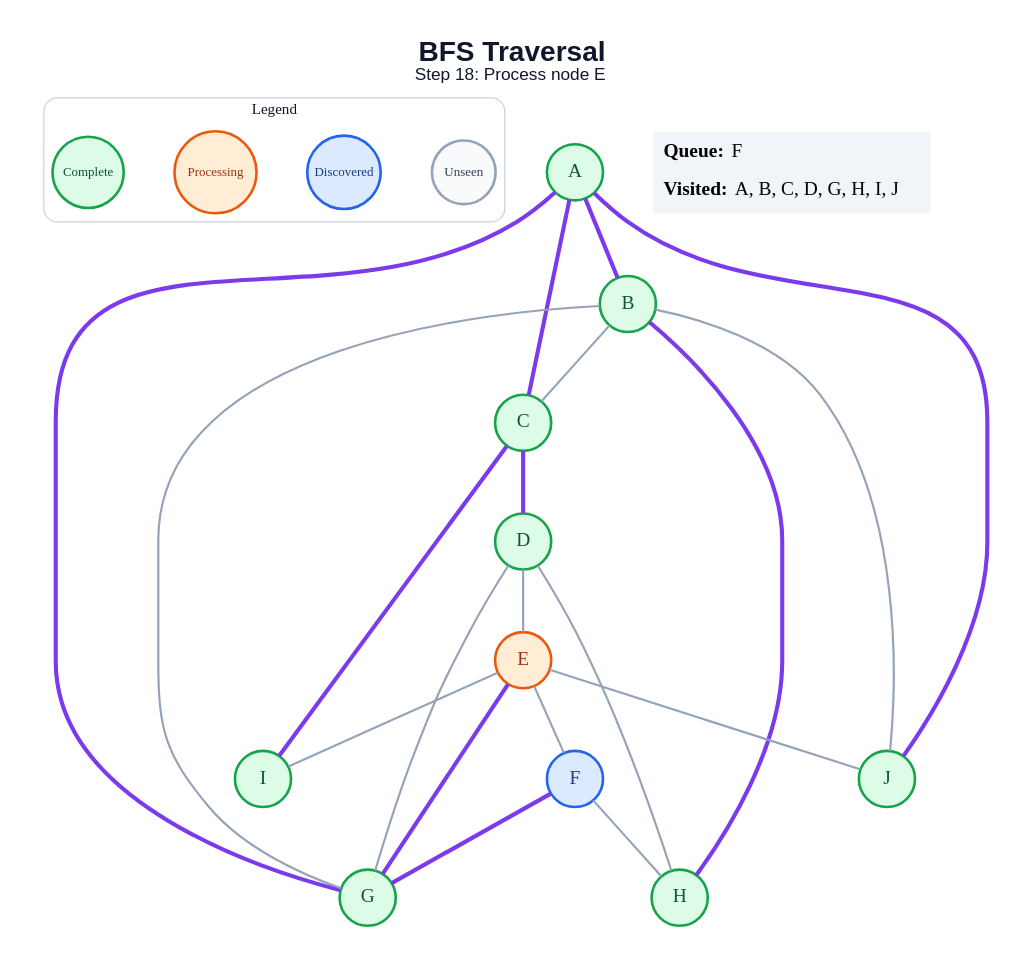
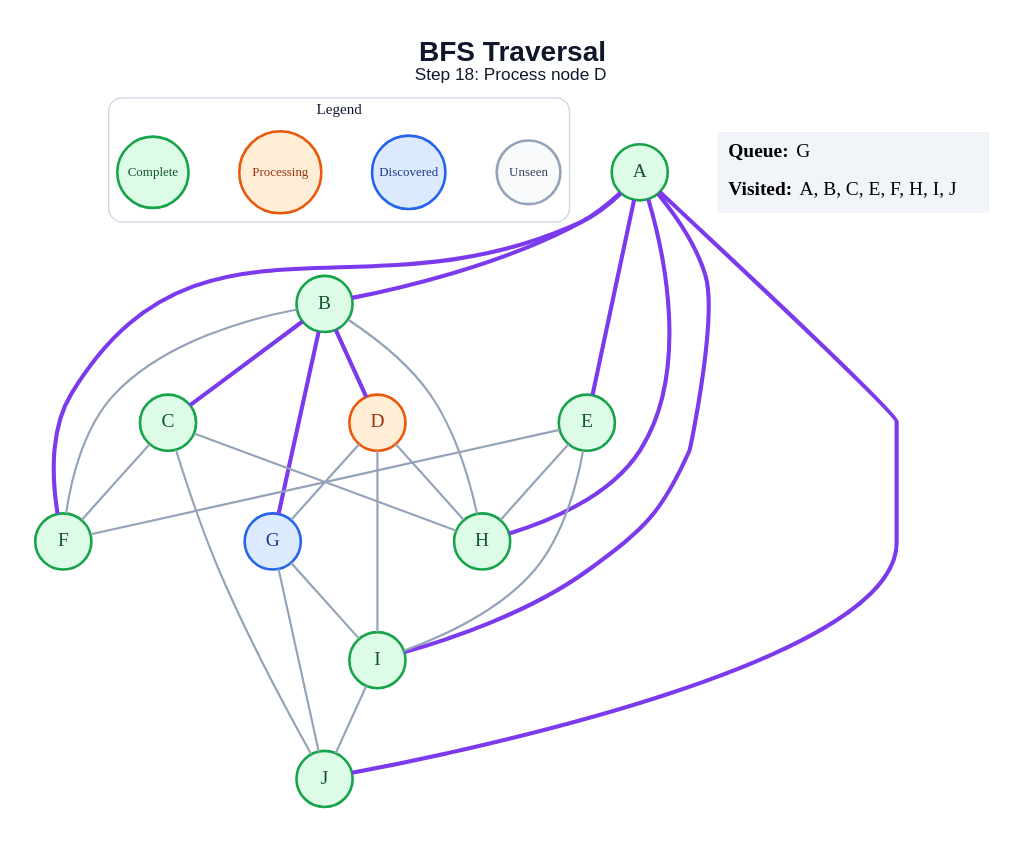
The diagram in generated/bfs/step_18.dot (amanghodawala9/ai-slop), drawn with Graphviz before and after one commit. The commit also changed 178 other files, not shown here.

```diff
--- a/generated/bfs/step_18.dot
+++ b/generated/bfs/step_18.dot
@@ -1,48 +1,52 @@
 graph traversal {
   graph [layout=dot, rankdir=TB, bgcolor="#FFFFFF", pad="0.35", nodesep="0.65", ranksep="0.8", fontname="Arial"];
   node [shape=circle, style="filled", fontname="Arial Bold", fontsize=18, width=0.72, fixedsize=true, penwidth=2.4];
   edge [color="#94A3B8", penwidth=2.0];
-  label=<<B>BFS Traversal</B><BR/><FONT POINT-SIZE="16">Step 18: Process node E</FONT>>; labelloc="t"; fontsize=26; fontname="Arial"; fontcolor="#0F172A";
+  label=<<B>BFS Traversal</B><BR/><FONT POINT-SIZE="16">Step 18: Process node D</FONT>>; labelloc="t"; fontsize=26; fontname="Arial"; fontcolor="#0F172A";
   subgraph cluster_legend { label="Legend"; color="#CBD5E1"; penwidth=1.2; style="rounded"; fontsize=14; fontname="Arial Bold";
     key_unseen [label="Unseen", fillcolor="#F8FAFC", color="#94A3B8", fontcolor="#334155", fontsize=12, width=0.82];
     key_frontier [label="Discovered", fillcolor="#DBEAFE", color="#2563EB", fontcolor="#1E3A8A", fontsize=12, width=0.95];
     key_current [label="Processing", fillcolor="#FFEDD5", color="#EA580C", fontcolor="#9A3412", fontsize=12, width=1.05];
     key_done [label="Complete", fillcolor="#DCFCE7", color="#16A34A", fontcolor="#14532D", fontsize=12, width=0.92];
     { rank=same; key_unseen; key_frontier; key_current; key_done; }
   }
   A [fillcolor="#DCFCE7", color="#16A34A", fontcolor="#14532D"];
   B [fillcolor="#DCFCE7", color="#16A34A", fontcolor="#14532D"];
   C [fillcolor="#DCFCE7", color="#16A34A", fontcolor="#14532D"];
-  D [fillcolor="#DCFCE7", color="#16A34A", fontcolor="#14532D"];
-  E [fillcolor="#FFEDD5", color="#EA580C", fontcolor="#9A3412"];
-  F [fillcolor="#DBEAFE", color="#2563EB", fontcolor="#1E3A8A"];
-  G [fillcolor="#DCFCE7", color="#16A34A", fontcolor="#14532D"];
+  D [fillcolor="#FFEDD5", color="#EA580C", fontcolor="#9A3412"];
+  E [fillcolor="#DCFCE7", color="#16A34A", fontcolor="#14532D"];
+  F [fillcolor="#DCFCE7", color="#16A34A", fontcolor="#14532D"];
+  G [fillcolor="#DBEAFE", color="#2563EB", fontcolor="#1E3A8A"];
   H [fillcolor="#DCFCE7", color="#16A34A", fontcolor="#14532D"];
   I [fillcolor="#DCFCE7", color="#16A34A", fontcolor="#14532D"];
   J [fillcolor="#DCFCE7", color="#16A34A", fontcolor="#14532D"];
   A -- B [color="#7C3AED", penwidth=3.8];
-  A -- C [color="#7C3AED", penwidth=3.8];
-  A -- G [color="#7C3AED", penwidth=3.8];
+  A -- E [color="#7C3AED", penwidth=3.8];
+  A -- F [color="#7C3AED", penwidth=3.8];
+  A -- H [color="#7C3AED", penwidth=3.8];
+  A -- I [color="#7C3AED", penwidth=3.8];
   A -- J [color="#7C3AED", penwidth=3.8];
-  B -- C;
-  B -- G;
-  B -- H [color="#7C3AED", penwidth=3.8];
-  B -- J;
-  C -- D [color="#7C3AED", penwidth=3.8];
-  C -- I [color="#7C3AED", penwidth=3.8];
-  D -- E;
+  B -- C [color="#7C3AED", penwidth=3.8];
+  B -- D [color="#7C3AED", penwidth=3.8];
+  B -- F;
+  B -- G [color="#7C3AED", penwidth=3.8];
+  B -- H;
+  C -- F;
+  C -- H;
+  C -- J;
   D -- G;
   D -- H;
+  D -- I;
   E -- F;
-  E -- G [color="#7C3AED", penwidth=3.8];
+  E -- H;
   E -- I;
-  E -- J;
-  F -- G [color="#7C3AED", penwidth=3.8];
-  F -- H;
+  G -- I;
+  G -- J;
+  I -- J;
   status [shape=plain, fixedsize=false, width=0, height=0, margin=0, label=<
     <TABLE BORDER="0" CELLBORDER="0" CELLPADDING="7" BGCOLOR="#F1F5F9">
-      <TR><TD ALIGN="LEFT"><B>Queue:</B> F</TD></TR>
-      <TR><TD ALIGN="LEFT"><B>Visited:</B> A, B, C, D, G, H, I, J</TD></TR>
+      <TR><TD ALIGN="LEFT"><B>Queue:</B> G</TD></TR>
+      <TR><TD ALIGN="LEFT"><B>Visited:</B> A, B, C, E, F, H, I, J</TD></TR>
     </TABLE>
   >];
 }
```
